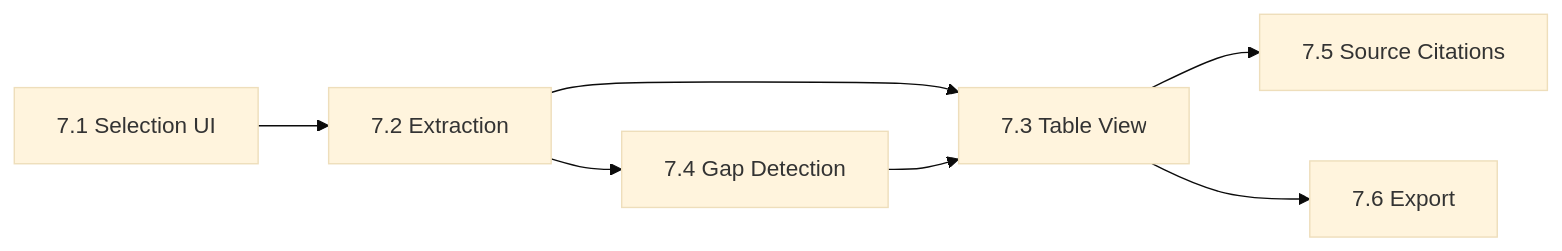
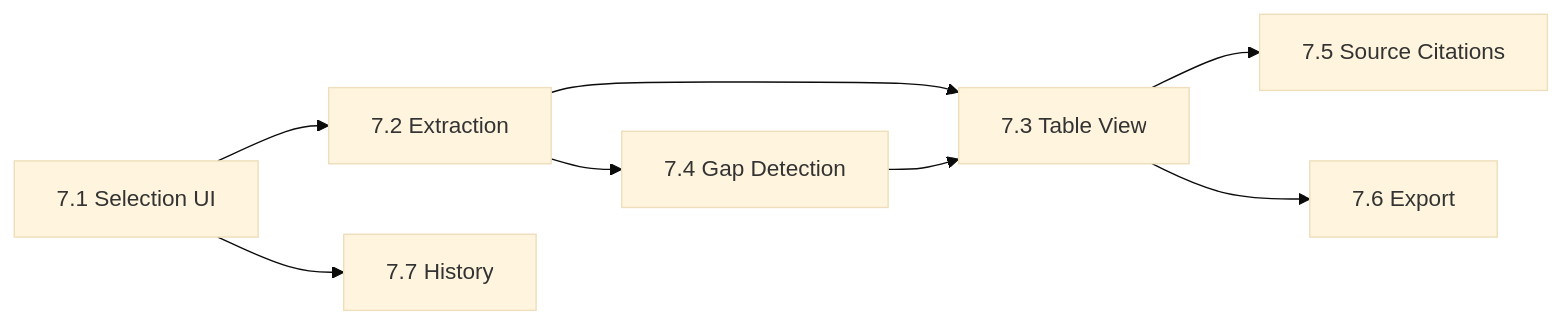
Before and after one commit to samruben96/documine: the second of 2 diagrams in docs/sprint-artifacts/tech-spec-epic-7.md, drawn with Mermaid (base theme). The commit also changed other lines of this file and 15 other files, not shown here.

````diff
--- a/docs/sprint-artifacts/tech-spec-epic-7.md
+++ b/docs/sprint-artifacts/tech-spec-epic-7.md
@@ -628,9 +674,10 @@
 ```mermaid
 graph LR
     7.1[7.1 Selection UI] --> 7.2[7.2 Extraction]
     7.2 --> 7.3[7.3 Table View]
     7.2 --> 7.4[7.4 Gap Detection]
     7.3 --> 7.5[7.5 Source Citations]
     7.3 --> 7.6[7.6 Export]
     7.4 --> 7.3
+    7.1 --> 7.7[7.7 History]
 ```
````
